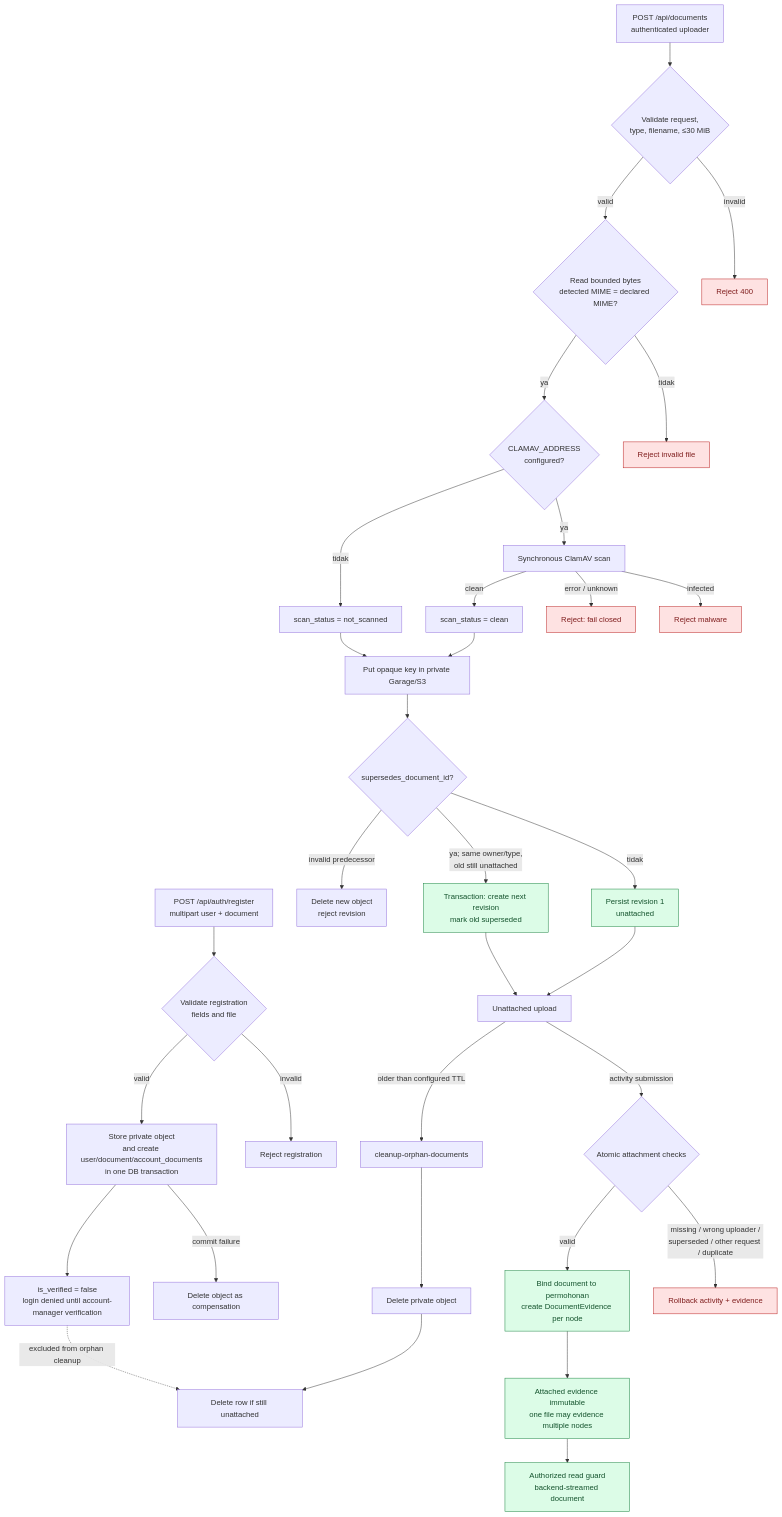
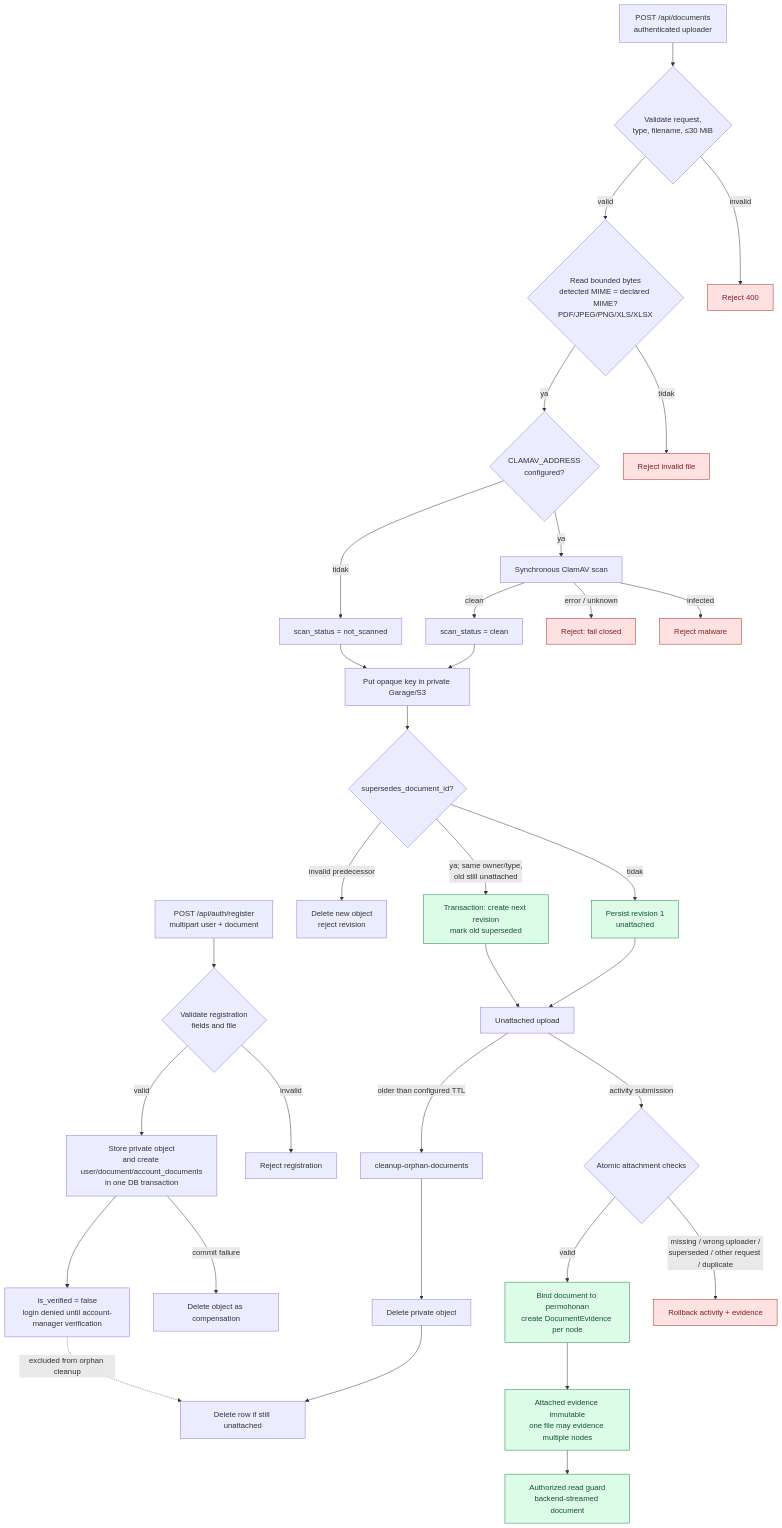
Before and after one commit to pln-colabora/colabora-be: the diagram in docs/architecture/diagrams/09-evidence-lifecycle.md, drawn with Mermaid. The commit also changed 9 other files, not shown here.

````diff
--- a/docs/architecture/diagrams/09-evidence-lifecycle.md
+++ b/docs/architecture/diagrams/09-evidence-lifecycle.md
@@ -6,39 +6,39 @@
 ```mermaid
 flowchart TD
   register["POST /api/auth/register<br/>multipart user + document"] --> accountvalidate{"Validate registration<br/>fields and file"}
   accountvalidate -->|invalid| accountreject["Reject registration"]
   accountvalidate -->|valid| accountstore["Store private object<br/>and create user/document/account_documents<br/>in one DB transaction"]
   accountstore -->|commit failure| accountcleanup["Delete object as compensation"]
   accountstore --> accountpending["is_verified = false<br/>login denied until account-manager verification"]
   upload["POST /api/documents<br/>authenticated uploader"] --> validate{"Validate request,<br/>type, filename, ≤30 MiB"}
   validate -->|invalid| reject400["Reject 400"]
-  validate -->|valid| sniff{"Read bounded bytes<br/>detected MIME = declared MIME?"}
+  validate -->|valid| sniff{"Read bounded bytes<br/>detected MIME = declared MIME?<br/>PDF/JPEG/PNG/XLS/XLSX"}
   sniff -->|tidak| rejecttype["Reject invalid file"]
   sniff -->|ya| configured{"CLAMAV_ADDRESS<br/>configured?"}
   configured -->|ya| scan["Synchronous ClamAV scan"]
   configured -->|tidak| notscanned["scan_status = not_scanned"]
   scan -->|infected| malware["Reject malware"]
   scan -->|error / unknown| scanfail["Reject: fail closed"]
   scan -->|clean| clean["scan_status = clean"]
   clean --> object["Put opaque key in private Garage/S3"]
   notscanned --> object
   object --> revision{"supersedes_document_id?"}
   revision -->|tidak| persist["Persist revision 1<br/>unattached"]
   revision -->|ya; same owner/type,<br/>old still unattached| supersede["Transaction: create next revision<br/>mark old superseded"]
   revision -->|invalid predecessor| compensate["Delete new object<br/>reject revision"]
   persist --> unattached["Unattached upload"]
   supersede --> unattached
   unattached -->|activity submission| attach{"Atomic attachment checks"}
   attach -->|missing / wrong uploader /<br/>superseded / other request / duplicate| rollback["Rollback activity + evidence"]
   attach -->|valid| bound["Bind document to permohonan<br/>create DocumentEvidence per node"]
   bound --> immutable["Attached evidence immutable<br/>one file may evidence multiple nodes"]
   immutable --> download["Authorized read guard<br/>backend-streamed document"]
   unattached -->|older than configured TTL| cleanup["cleanup-orphan-documents"]
   cleanup --> deleteobject["Delete private object"] --> deleterow["Delete row if still unattached"]
   accountpending -. excluded from orphan cleanup .-> deleterow
 
   classDef reject fill:#fee2e2,stroke:#b91c1c,color:#7f1d1d
   classDef stored fill:#dcfce7,stroke:#15803d,color:#14532d
   class reject400,rejecttype,malware,scanfail,rollback reject
   class persist,supersede,bound,immutable,download stored
 ```
````
